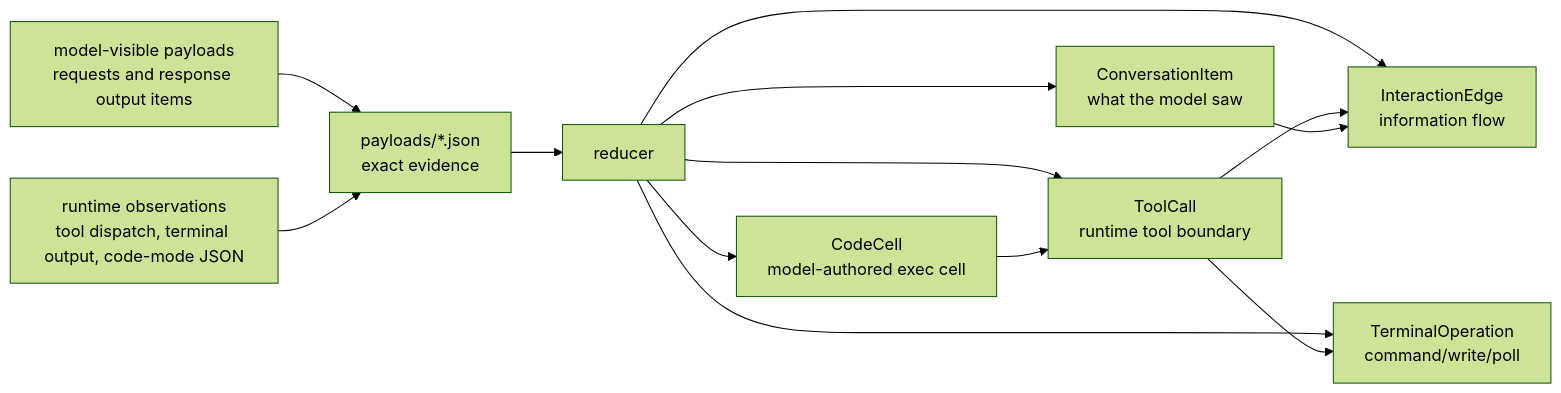
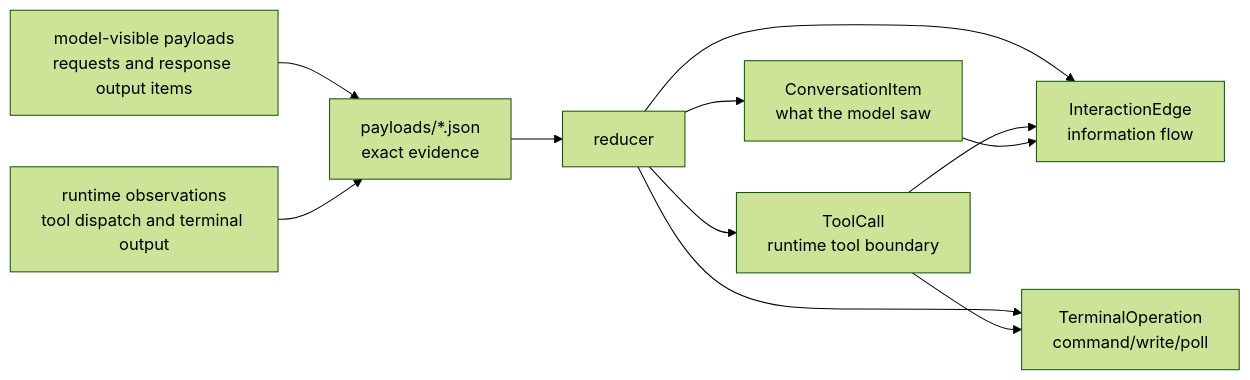
The second of 3 diagrams in codex-rs/rollout-trace/README.md (gracee3/codex), drawn with Mermaid (forest theme) before and after one commit. The commit also changed other lines of this file and 340 other files, not shown here.

````diff
--- a/codex-rs/rollout-trace/README.md
+++ b/codex-rs/rollout-trace/README.md
@@ -118,27 +115,24 @@
 ```mermaid
 flowchart LR
     Model["model-visible payloads\nrequests and response output items"]
-    Runtime["runtime observations\ntool dispatch, terminal output, code-mode JSON"]
+    Runtime["runtime observations\ntool dispatch and terminal output"]
     RawPayloads["payloads/*.json\nexact evidence"]
     Reducer["reducer"]
     Conversation["ConversationItem\nwhat the model saw"]
     ToolCall["ToolCall\nruntime tool boundary"]
-    CodeCell["CodeCell\nmodel-authored exec cell"]
     TerminalOperation["TerminalOperation\ncommand/write/poll"]
     InteractionEdge["InteractionEdge\ninformation flow"]
 
     Model --> RawPayloads
     Runtime --> RawPayloads
     RawPayloads --> Reducer
 
     Reducer --> Conversation
     Reducer --> ToolCall
-    Reducer --> CodeCell
     Reducer --> TerminalOperation
     Reducer --> InteractionEdge
 
-    CodeCell --> ToolCall
     ToolCall --> TerminalOperation
     ToolCall --> InteractionEdge
     Conversation --> InteractionEdge
 ```
````
